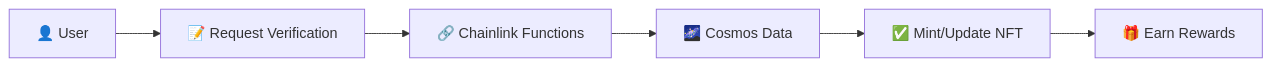
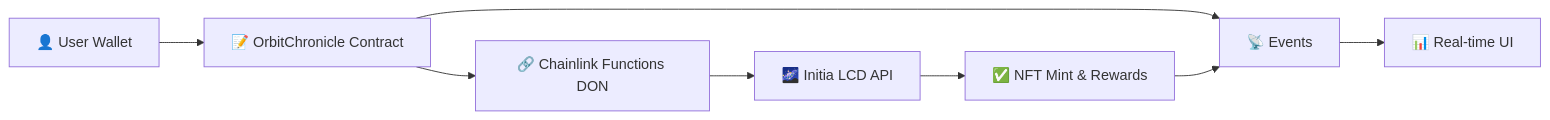
One commit to piatoss3612/keplr-jeju-ideathon changed the diagram in README.md. Above: the diagram before and after it, drawn with Mermaid. The commit also changed other lines of this file and 1 other file, not shown here.

````diff
--- a/README.md
+++ b/README.md
@@ -43,8 +42,11 @@
 ```mermaid
 graph LR
-    A[👤 User] --> B[📝 Request Verification]
-    B --> C[🔗 Chainlink Functions]
-    C --> D[🌌 Cosmos Data]
-    D --> E[✅ Mint/Update NFT]
-    E --> F[🎁 Earn Rewards]
+    A[👤 User Wallet] --> B[📝 OrbitChronicle Contract]
+    B --> C[🔗 Chainlink Functions DON]
+    C --> D[🌌 Initia LCD API]
+    D --> E[✅ NFT Mint & Rewards]
+
+    B --> F[📡 Events]
+    E --> F
+    F --> G[📊 Real-time UI]
 ```
````
